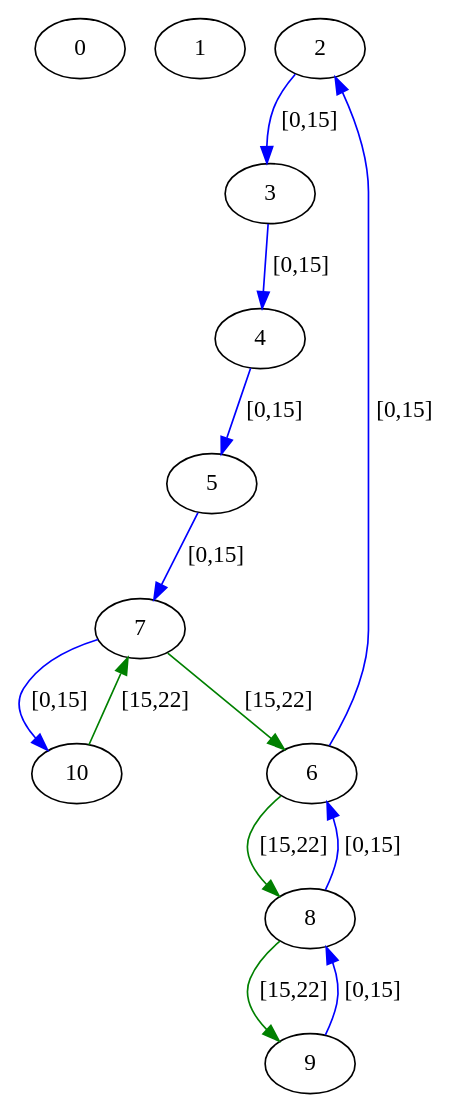
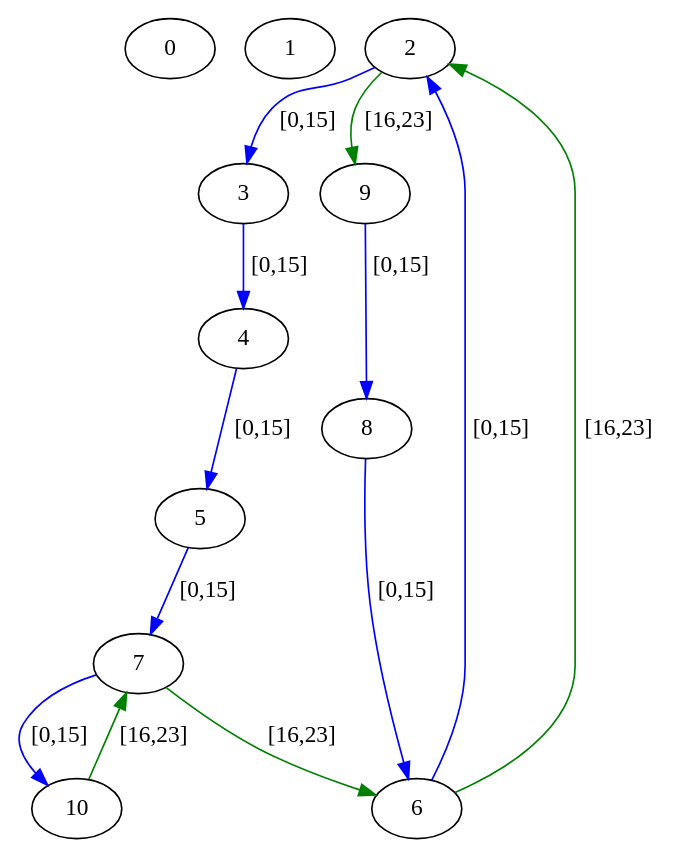
The diagram in src/assignedGraphs/assigned.dot (Hebbe1234/ExpectAll), drawn with Graphviz before and after one commit. The commit also changed 2 other files, not shown here.

```diff
--- a/src/assignedGraphs/assigned.dot
+++ b/src/assignedGraphs/assigned.dot
@@ -1,25 +1,25 @@
 digraph  {
 0 [label=0];
 1 [label=1];
 2 [label=2];
 3 [label=3];
 4 [label=4];
 5 [label=5];
 6 [label=6];
 7 [label=7];
 8 [label=8];
 9 [label=9];
 10 [label=10];
 2 -> 3  [color=blue, key=0, label="[0,15]"];
+2 -> 9  [color=green, key=0, label="[16,23]"];
 3 -> 4  [color=blue, key=0, label="[0,15]"];
 4 -> 5  [color=blue, key=0, label="[0,15]"];
 5 -> 7  [color=blue, key=0, label="[0,15]"];
 6 -> 2  [color=blue, key=0, label="[0,15]"];
-6 -> 8  [color=green, key=0, label="[15,22]"];
+6 -> 2  [color=green, key=1, label="[16,23]"];
 7 -> 10  [color=blue, key=0, label="[0,15]"];
-7 -> 6  [color=green, key=0, label="[15,22]"];
+7 -> 6  [color=green, key=0, label="[16,23]"];
 8 -> 6  [color=blue, key=0, label="[0,15]"];
-8 -> 9  [color=green, key=0, label="[15,22]"];
 9 -> 8  [color=blue, key=0, label="[0,15]"];
-10 -> 7  [color=green, key=0, label="[15,22]"];
+10 -> 7  [color=green, key=0, label="[16,23]"];
 }
```
